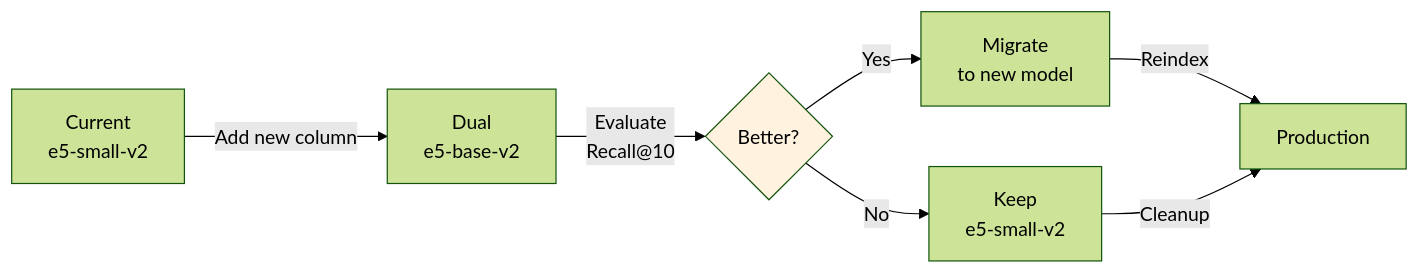
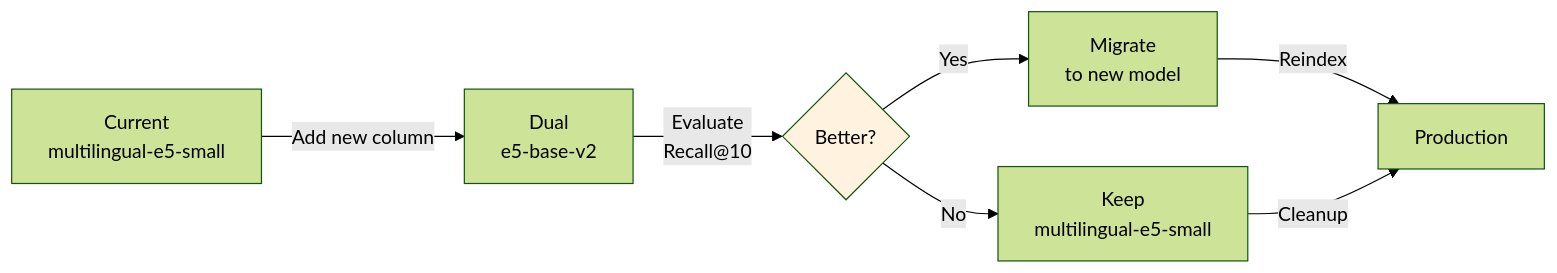
The diagram in docs/05-embeddings.md (poornanat1/podcast-retrieval), drawn with Mermaid (forest theme) before and after one commit. The commit also changed other lines of this file and 13 other files, not shown here.

````diff
--- a/docs/05-embeddings.md
+++ b/docs/05-embeddings.md
@@ -100,11 +101,11 @@
 ```mermaid
 graph LR
-    A["Current<br/>e5-small-v2"] -->|"Add new column"| B["Dual<br/>e5-base-v2"]
+    A["Current<br/>multilingual-e5-small"] -->|"Add new column"| B["Dual<br/>e5-base-v2"]
     B -->|"Evaluate<br/>Recall@10"| C{Better?}
     C -->|"Yes"| D["Migrate"<br/>to new model]
-    C -->|"No"| E["Keep<br/>e5-small-v2"]
+    C -->|"No"| E["Keep<br/>multilingual-e5-small"]
     D -->|"Reindex"| F["Production"]
     E -->|"Cleanup"| F
 
     style C fill:#fff3e0
 ```
````
